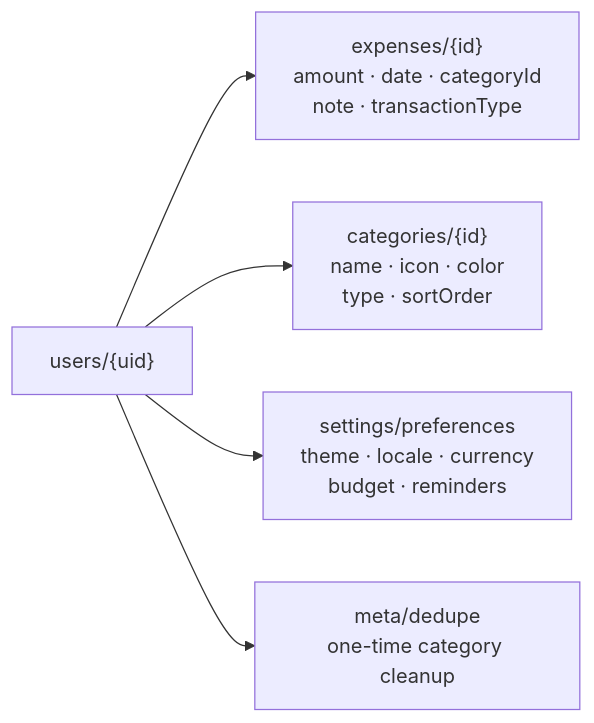
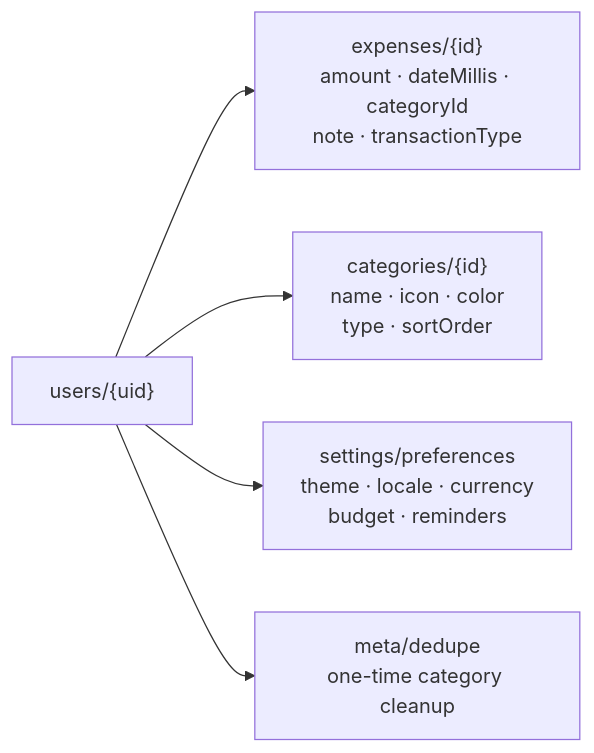
Before and after one commit to shareef01/ausgegeben: the second of 3 diagrams in README.md, drawn with Mermaid. The commit also changed 3 other files, not shown here.

````diff
--- a/README.md
+++ b/README.md
@@ -88,8 +88,8 @@
 ```mermaid
 flowchart LR
   U["users/{uid}"]
-  U --> E["expenses/{id}<br/>amount · date · categoryId<br/>note · transactionType"]
+  U --> E["expenses/{id}<br/>amount · dateMillis · categoryId<br/>note · transactionType"]
   U --> C["categories/{id}<br/>name · icon · color<br/>type · sortOrder"]
   U --> S["settings/preferences<br/>theme · locale · currency<br/>budget · reminders"]
   U --> M["meta/dedupe<br/>one-time category cleanup"]
 ```
````
